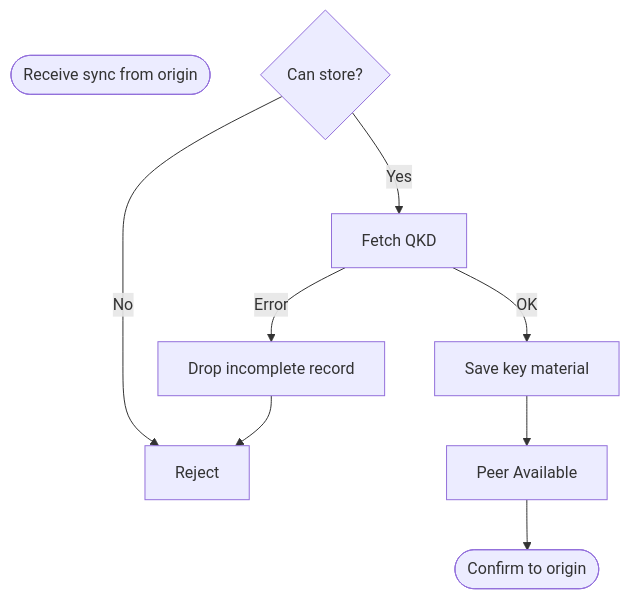
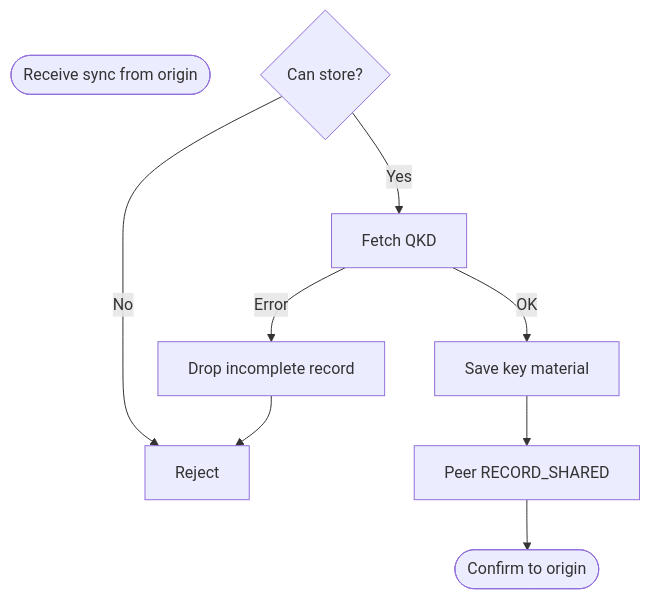
The eighth of 10 diagrams in JAVA_APPS/docs/FLOWCHARTS.md (vonasmic/one-time-pad-keychain), drawn with Mermaid before and after one commit. The commit also changed other lines of this file and 98 other files, not shown here.

````diff
--- a/JAVA_APPS/docs/FLOWCHARTS.md
+++ b/JAVA_APPS/docs/FLOWCHARTS.md
@@ -231,12 +231,12 @@
 ```mermaid
 flowchart TD
     Start([Receive sync from origin])
     CanStore{Can store?}
     CanStore -->|No| Reject[Reject]
     CanStore -->|Yes| GetKeys[Fetch QKD]
     GetKeys -->|Error| Cleanup[Drop incomplete record]
     Cleanup --> Reject
     GetKeys -->|OK| Save[Save key material]
-    Save --> Avail[Peer Available]
+    Save --> Avail[Peer RECORD_SHARED]
     Avail --> Done([Confirm to origin])
 ```
````
